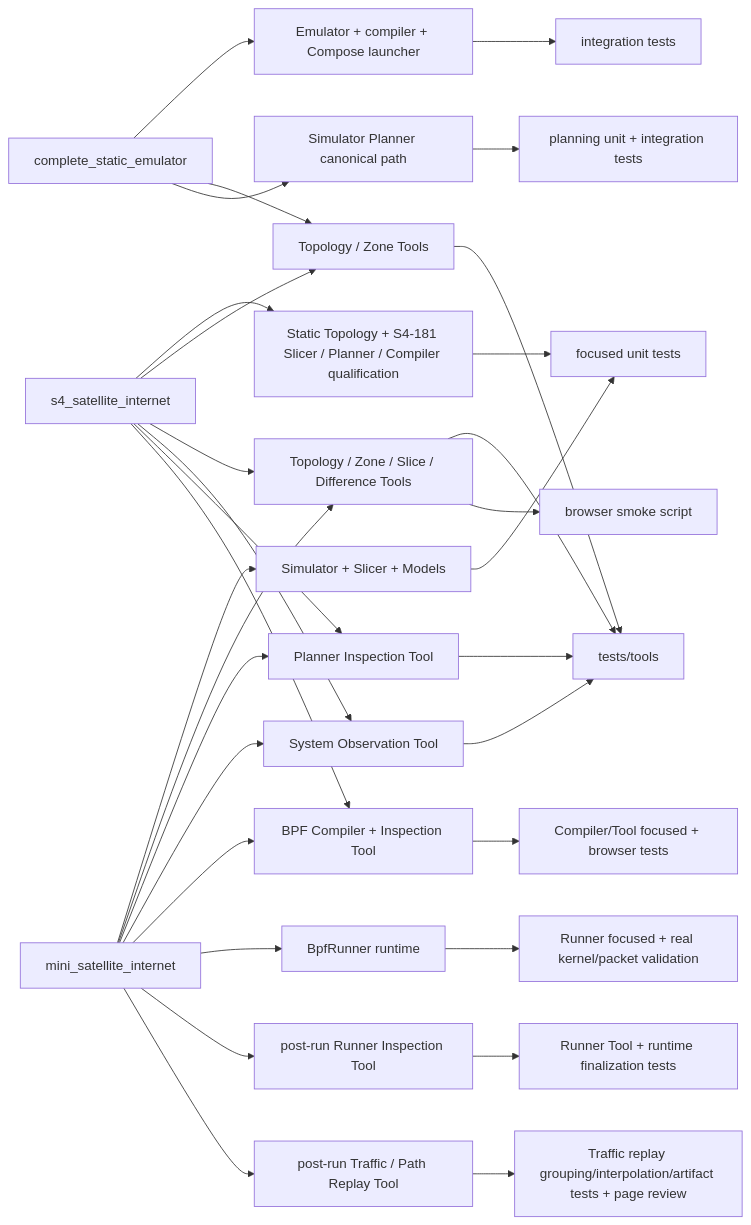
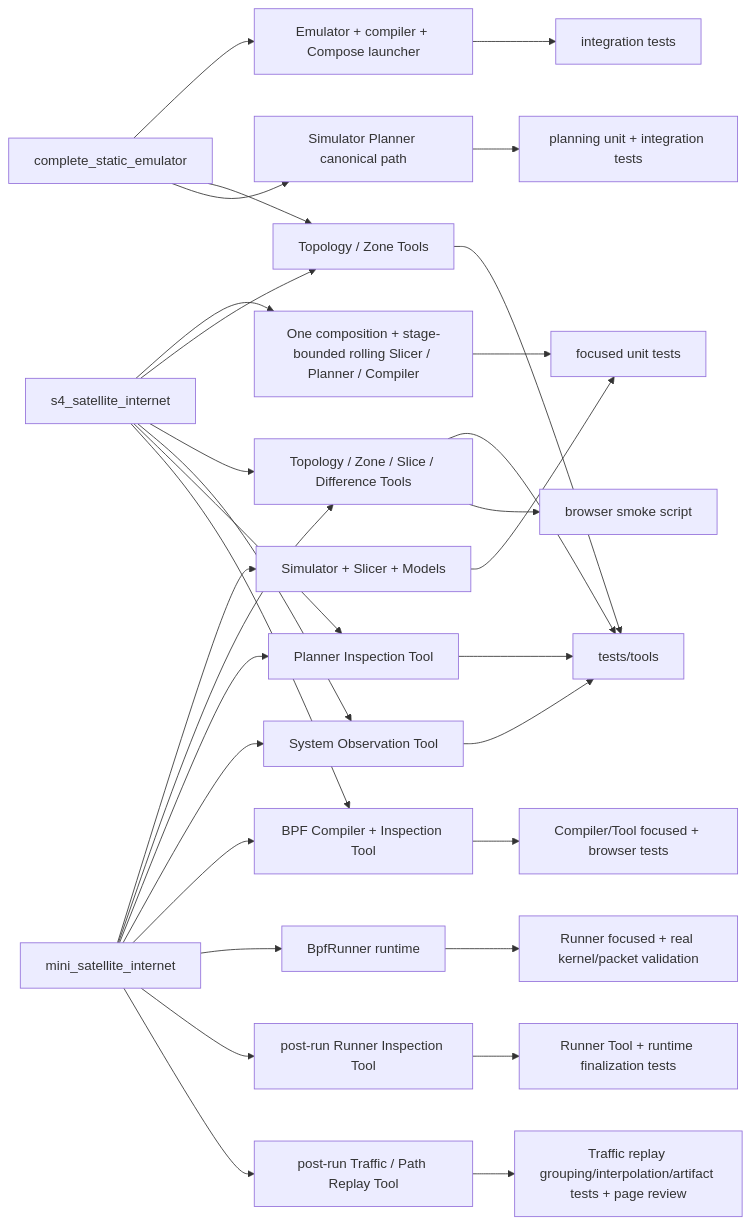
One commit to seed-labs/skyseed changed the diagram in skyseed_v2/docs/human-readable/traceability-map.md. Above: the diagram before and after it, drawn with Mermaid. The commit also changed other lines of this file and 24 other files, not shown here.

````diff
--- a/skyseed_v2/docs/human-readable/traceability-map.md
+++ b/skyseed_v2/docs/human-readable/traceability-map.md
@@ -7,33 +7,33 @@
 ```mermaid
 flowchart LR
     CE["complete_static_emulator"] --> EM["Emulator + compiler + Compose launcher"]
     CE --> TZ["Topology / Zone Tools"]
     CE --> PL["Simulator Planner canonical path"]
     DN["mini_satellite_internet"] --> DS["Simulator + Slicer + Models"]
     DN --> DT["Topology / Zone / Slice / Difference Tools"]
     DN --> PT["Planner Inspection Tool"]
     DN --> OT["System Observation Tool"]
     DN --> BT["BPF Compiler + Inspection Tool"]
     DN --> BR["BpfRunner runtime"]
     DN --> RI["post-run Runner Inspection Tool"]
     DN --> TR["post-run Traffic / Path Replay Tool"]
-    S4["s4_satellite_internet"] --> S4S["Static Topology + S4-181 Slicer / Planner / Compiler qualification"]
+    S4["s4_satellite_internet"] --> S4S["One composition + stage-bounded rolling Slicer / Planner / Compiler"]
     S4 --> TZ
     S4 --> DT
     S4 --> OT
     S4 --> PT
     S4 --> BT
     EM --> ITEST["integration tests"]
     DS --> UTEST["focused unit tests"]
     S4S --> UTEST
     PL --> PTEST["planning unit + integration tests"]
     TZ --> TTEST["tests/tools"]
     DT --> TTEST
     DT --> BROWSER["browser smoke script"]
     PT --> TTEST
     OT --> TTEST
     BT --> BTEST["Compiler/Tool focused + browser tests"]
     BR --> RTEST["Runner focused + real kernel/packet validation"]
     RI --> RITEST["Runner Tool + runtime finalization tests"]
     TR --> TRTEST["Traffic replay grouping/interpolation/artifact tests + page review"]
 ```
````
